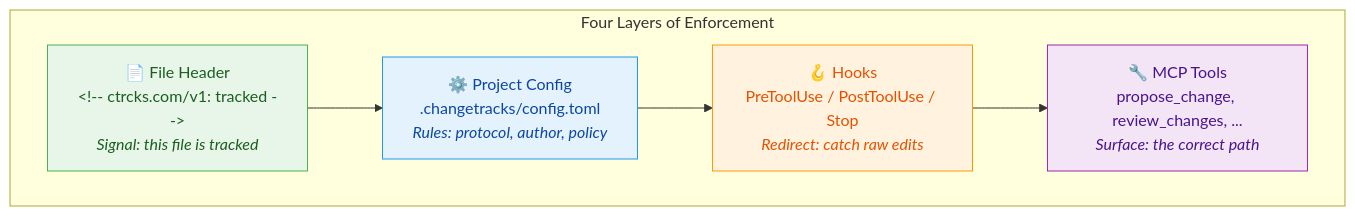
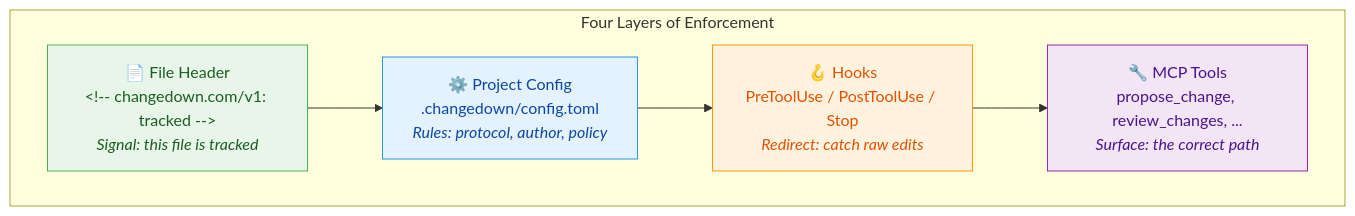
One commit to hackerbara/changedown changed the first of 3 diagrams in docs/public/how-track-changes-works.md. Above: the diagram before and after it, drawn with Mermaid. The commit also changed other lines of this file and 1114 other files, not shown here.

````diff
--- a/docs/public/how-track-changes-works.md
+++ b/docs/public/how-track-changes-works.md
@@ -123,16 +123,16 @@
 ```mermaid
 graph TD
     subgraph "Four Layers of Enforcement"
-        A["📄 File Header<br/>&lt;!-- ctrcks.com/v1: tracked --&gt;<br/><i>Signal: this file is tracked</i>"]
-        B["⚙️ Project Config<br/>.changetracks/config.toml<br/><i>Rules: protocol, author, policy</i>"]
+        A["📄 File Header<br/>&lt;!-- changedown.com/v1: tracked --&gt;<br/><i>Signal: this file is tracked</i>"]
+        B["⚙️ Project Config<br/>.changedown/config.toml<br/><i>Rules: protocol, author, policy</i>"]
         C["🪝 Hooks<br/>PreToolUse / PostToolUse / Stop<br/><i>Redirect: catch raw edits</i>"]
         D["🔧 MCP Tools<br/>propose_change, review_changes, ...<br/><i>Surface: the correct path</i>"]
     end
 
     A --> B --> C --> D
 
     style A fill:#e8f5e9,stroke:#4caf50,color:#1b5e20
     style B fill:#e3f2fd,stroke:#2196f3,color:#0d47a1
     style C fill:#fff3e0,stroke:#ff9800,color:#e65100
     style D fill:#f3e5f5,stroke:#9c27b0,color:#4a148c
 ```
````
